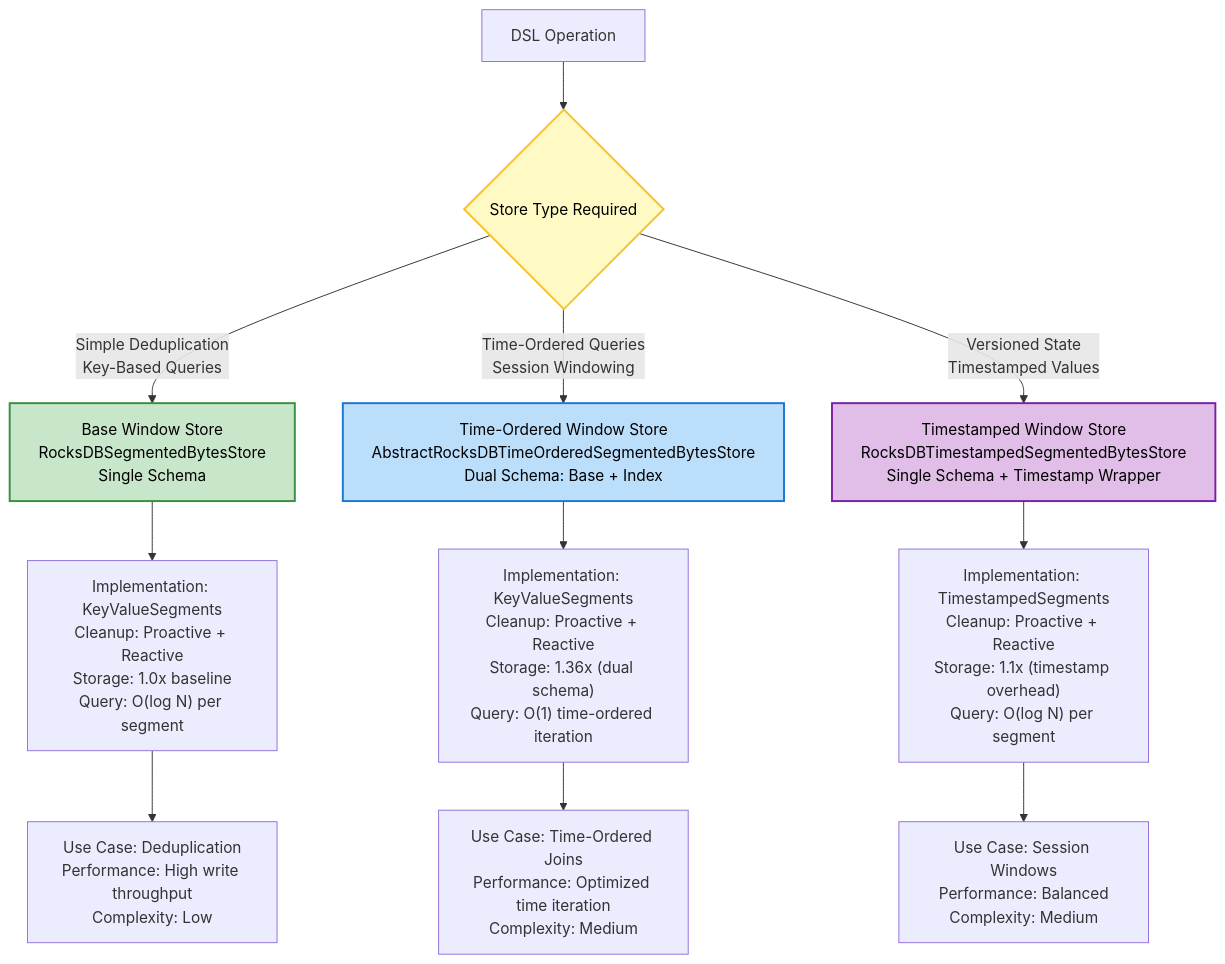
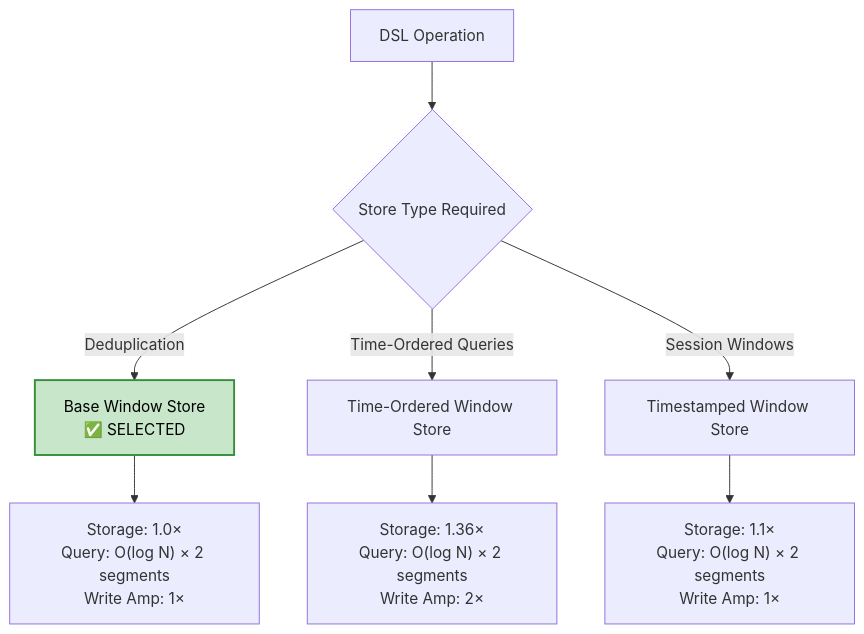
Before and after one commit to yutaofr/my-design-docs: the first of 5 diagrams in deduplication-window-store-design.md, drawn with Mermaid. The commit also changed other lines of this file, not shown here.

Commit message:
refactor the design doc of deduplication solution based on window store

````diff
--- a/deduplication-window-store-design.md
+++ b/deduplication-window-store-design.md
@@ -32,21 +80,14 @@
 ```mermaid
 graph TB
     A[DSL Operation] --> B{Store Type Required}
     
-    B -->|Simple Deduplication<br/>Key-Based Queries| C["Base Window Store<br/>RocksDBSegmentedBytesStore<br/>Single Schema"]
-    B -->|Time-Ordered Queries<br/>Session Windowing| E["Time-Ordered Window Store<br/>AbstractRocksDBTimeOrderedSegmentedBytesStore<br/>Dual Schema: Base + Index"]
-    B -->|Versioned State<br/>Timestamped Values| F["Timestamped Window Store<br/>RocksDBTimestampedSegmentedBytesStore<br/>Single Schema + Timestamp Wrapper"]
+    B -->|Deduplication| C["Base Window Store<br/>✅ SELECTED"]
+    B -->|Time-Ordered Queries| D["Time-Ordered Window Store"]
+    B -->|Session Windows| E["Timestamped Window Store"]
     
-    C --> G["Implementation: KeyValueSegments<br/>Cleanup: Proactive + Reactive<br/>Storage: 1.0x baseline<br/>Query: O(log N) per segment"]
-    E --> H["Implementation: KeyValueSegments<br/>Cleanup: Proactive + Reactive<br/>Storage: 1.36x (dual schema)<br/>Query: O(1) time-ordered iteration"]
-    F --> I["Implementation: TimestampedSegments<br/>Cleanup: Proactive + Reactive<br/>Storage: 1.1x (timestamp overhead)<br/>Query: O(log N) per segment"]
+    C --> F["Storage: 1.0×<br/>Query: O(log N) × 2 segments<br/>Write Amp: 1×"]
+    D --> G["Storage: 1.36×<br/>Query: O(log N) × 2 segments<br/>Write Amp: 2×"]
+    E --> H["Storage: 1.1×<br/>Query: O(log N) × 2 segments<br/>Write Amp: 1×"]
     
-    G --> J[Use Case: Deduplication<br/>Performance: High write throughput<br/>Complexity: Low]
-    H --> K[Use Case: Time-Ordered Joins<br/>Performance: Optimized time iteration<br/>Complexity: Medium]
-    I --> L[Use Case: Session Windows<br/>Performance: Balanced<br/>Complexity: Medium]
-    
-    style B fill:#FFF9C4,stroke:#FBC02D,stroke-width:2px,color:#000
     style C fill:#C8E6C9,stroke:#388E3C,stroke-width:2px,color:#000
-    style E fill:#BBDEFB,stroke:#1976D2,stroke-width:2px,color:#000
-    style F fill:#E1BEE7,stroke:#7B1FA2,stroke-width:2px,color:#000
 ```
````
